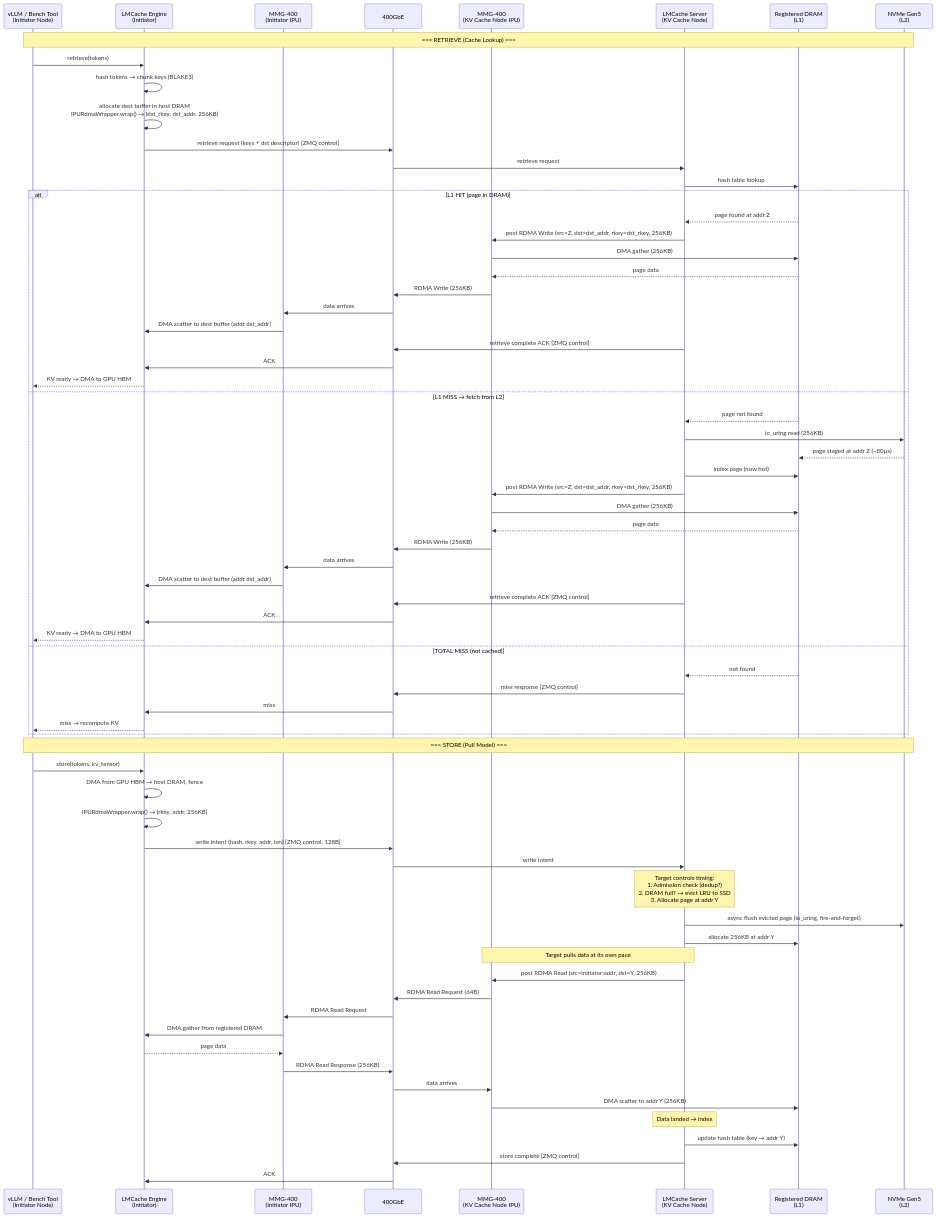
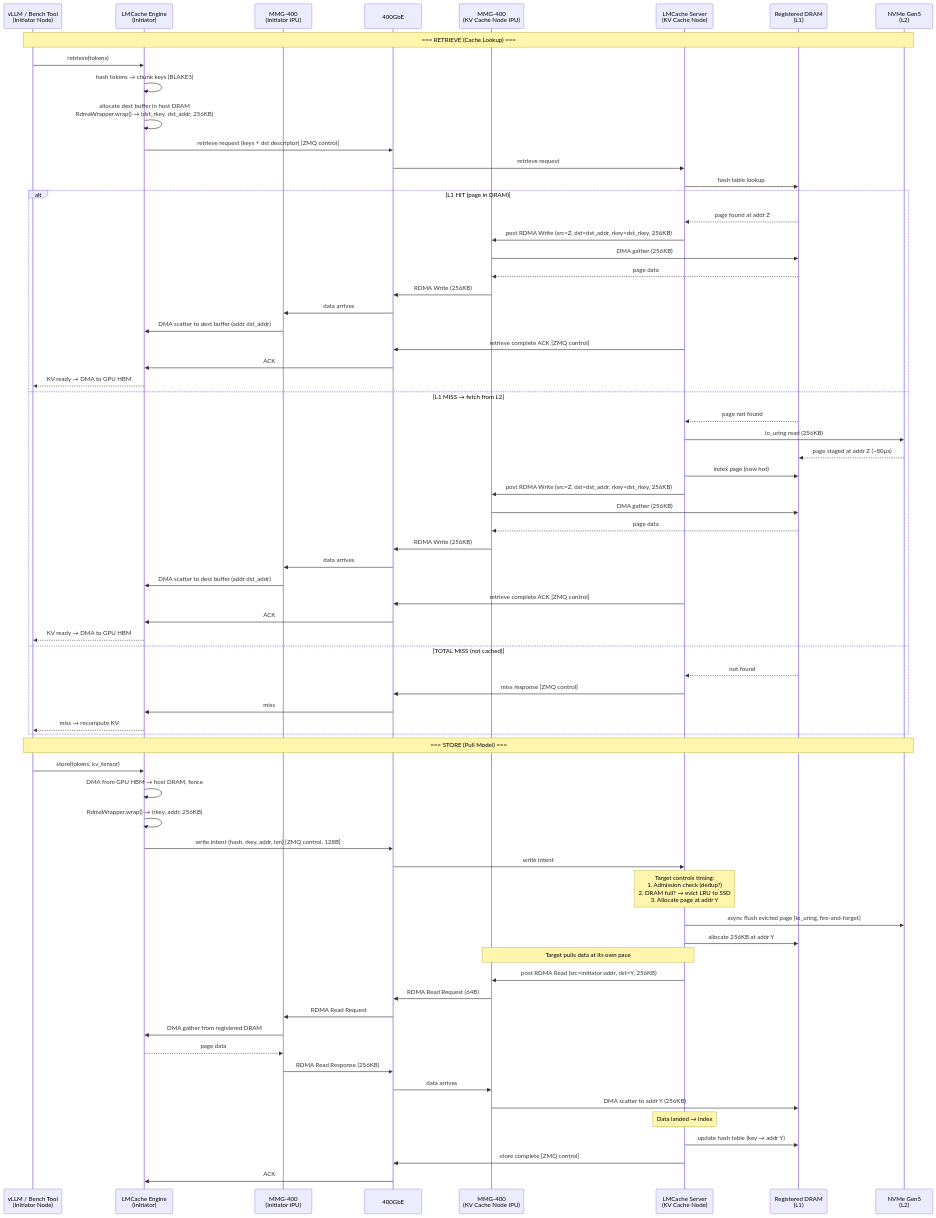
Before and after one commit to tsg-/LMCache: the diagram in docs/design/v1/platform/lmcache-ipu-pull-model-flow.mmd, drawn with Mermaid. The commit also changed 25 other files, not shown here.

```diff
--- a/docs/design/v1/platform/lmcache-ipu-pull-model-flow.mmd
+++ b/docs/design/v1/platform/lmcache-ipu-pull-model-flow.mmd
@@ -1,83 +1,83 @@
 sequenceDiagram
     participant vLLM as vLLM / Bench Tool<br/>(Initiator Node)
     participant LMC_I as LMCache Engine<br/>(Initiator)
     participant IPU_I as MMG-400<br/>(Initiator IPU)
     participant WIRE as 400GbE
     participant IPU_T as MMG-400<br/>(KV Cache Node IPU)
     participant LMC_T as LMCache Server<br/>(KV Cache Node)
     participant DRAM as Registered DRAM<br/>(L1)
     participant SSD as NVMe Gen5<br/>(L2)
 
     Note over vLLM,SSD: === RETRIEVE (Cache Lookup) ===
 
     vLLM->>LMC_I: retrieve(tokens)
     LMC_I->>LMC_I: hash tokens → chunk keys (BLAKE3)
-    LMC_I->>LMC_I: allocate dest buffer in host DRAM<br/>IPURdmaWrapper.wrap() → (dst_rkey, dst_addr, 256KB)
+    LMC_I->>LMC_I: allocate dest buffer in host DRAM<br/>RdmaWrapper.wrap() → (dst_rkey, dst_addr, 256KB)
     LMC_I->>WIRE: retrieve request (keys + dst descriptor) [ZMQ control]
     WIRE->>LMC_T: retrieve request
 
     LMC_T->>DRAM: hash table lookup
 
     alt L1 HIT (page in DRAM)
         DRAM-->>LMC_T: page found at addr Z
         LMC_T->>IPU_T: post RDMA Write (src=Z, dst=dst_addr, rkey=dst_rkey, 256KB)
         IPU_T->>DRAM: DMA gather (256KB)
         DRAM-->>IPU_T: page data
         IPU_T->>WIRE: RDMA Write (256KB)
         WIRE->>IPU_I: data arrives
         IPU_I->>LMC_I: DMA scatter to dest buffer (addr dst_addr)
         LMC_T->>WIRE: retrieve complete ACK [ZMQ control]
         WIRE->>LMC_I: ACK
         LMC_I-->>vLLM: KV ready → DMA to GPU HBM
 
     else L1 MISS → fetch from L2
         DRAM-->>LMC_T: page not found
         LMC_T->>SSD: io_uring read (256KB)
         SSD-->>DRAM: page staged at addr Z (~80µs)
         LMC_T->>DRAM: index page (now hot)
         LMC_T->>IPU_T: post RDMA Write (src=Z, dst=dst_addr, rkey=dst_rkey, 256KB)
         IPU_T->>DRAM: DMA gather (256KB)
         DRAM-->>IPU_T: page data
         IPU_T->>WIRE: RDMA Write (256KB)
         WIRE->>IPU_I: data arrives
         IPU_I->>LMC_I: DMA scatter to dest buffer (addr dst_addr)
         LMC_T->>WIRE: retrieve complete ACK [ZMQ control]
         WIRE->>LMC_I: ACK
         LMC_I-->>vLLM: KV ready → DMA to GPU HBM
 
     else TOTAL MISS (not cached)
         DRAM-->>LMC_T: not found
         LMC_T->>WIRE: miss response [ZMQ control]
         WIRE->>LMC_I: miss
         LMC_I-->>vLLM: miss → recompute KV
     end
 
     Note over vLLM,SSD: === STORE (Pull Model) ===
 
     vLLM->>LMC_I: store(tokens, kv_tensor)
     LMC_I->>LMC_I: DMA from GPU HBM → host DRAM, fence
-    LMC_I->>LMC_I: IPURdmaWrapper.wrap() → (rkey, addr, 256KB)
+    LMC_I->>LMC_I: RdmaWrapper.wrap() → (rkey, addr, 256KB)
     LMC_I->>WIRE: write intent (hash, rkey, addr, len) [ZMQ control, 128B]
     WIRE->>LMC_T: write intent
 
     Note over LMC_T: Target controls timing:<br/>1. Admission check (dedup?)<br/>2. DRAM full? → evict LRU to SSD<br/>3. Allocate page at addr Y
 
     LMC_T->>SSD: async flush evicted page (io_uring, fire-and-forget)
     LMC_T->>DRAM: allocate 256KB at addr Y
 
     Note over LMC_T,IPU_T: Target pulls data at its own pace
 
     LMC_T->>IPU_T: post RDMA Read (src=initiator:addr, dst=Y, 256KB)
     IPU_T->>WIRE: RDMA Read Request (64B)
     WIRE->>IPU_I: RDMA Read Request
     IPU_I->>LMC_I: DMA gather from registered DRAM
     LMC_I-->>IPU_I: page data
     IPU_I->>WIRE: RDMA Read Response (256KB)
     WIRE->>IPU_T: data arrives
     IPU_T->>DRAM: DMA scatter to addr Y (256KB)
 
     Note over LMC_T: Data landed → index
 
     LMC_T->>DRAM: update hash table (key → addr Y)
     LMC_T->>WIRE: store complete [ZMQ control]
     WIRE->>LMC_I: ACK
```
